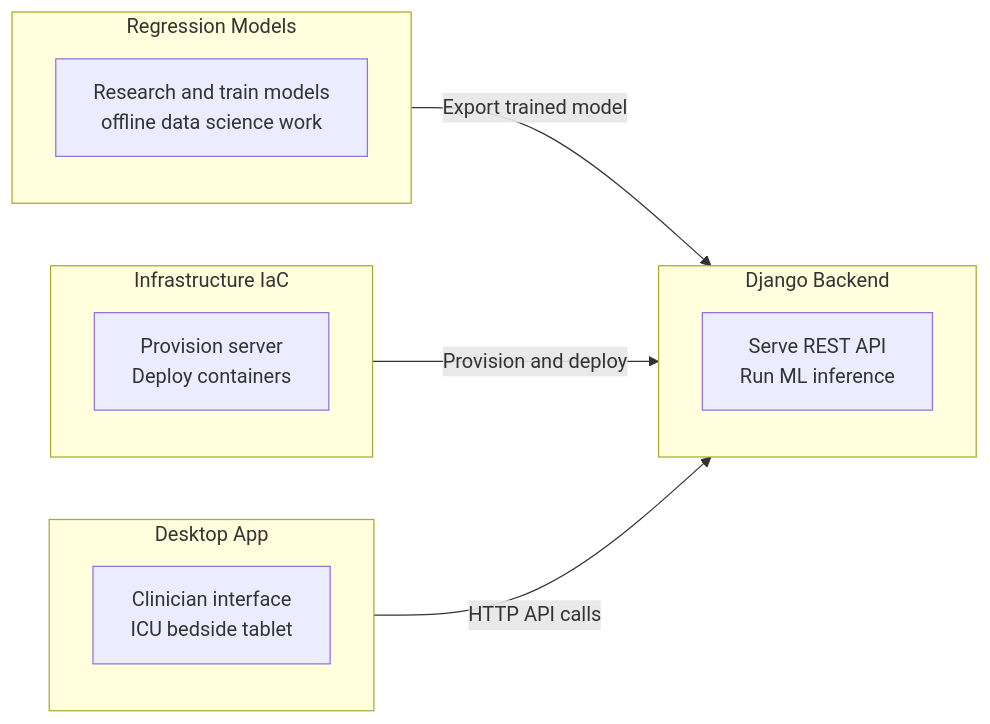
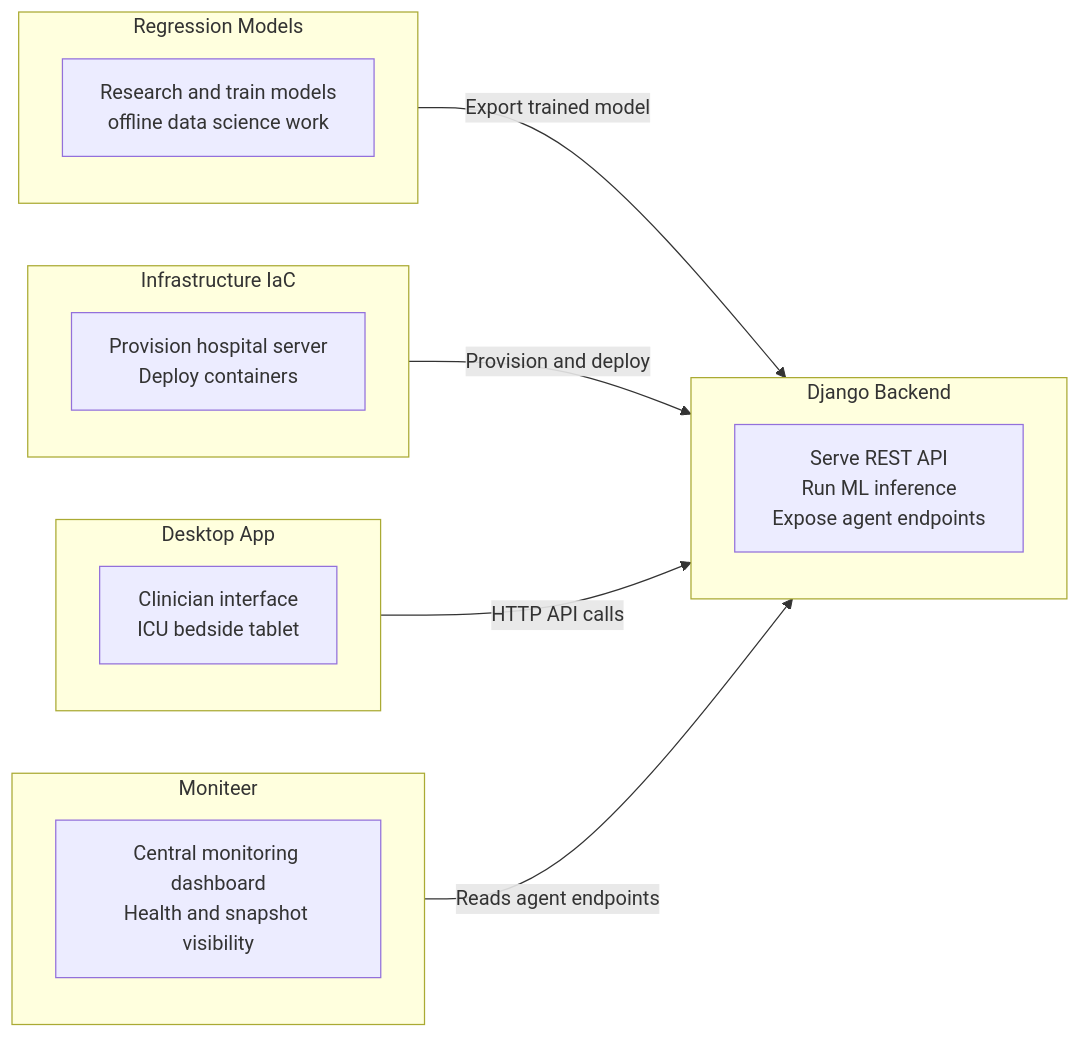
One commit to hakimnazry24/innutrire-system-diagrams changed the fourth of 6 diagrams in 05-system-overview.md. Above: the diagram before and after it, drawn with Mermaid. The commit also changed other lines of this file and 3 other files, not shown here.

First line of the commit message:
feat: add moniteer diagrams and update system overview

````diff
--- a/05-system-overview.md
+++ b/05-system-overview.md
@@ -88,22 +123,27 @@
 ```mermaid
 flowchart LR
     subgraph ML[Regression Models]
         R1[Research and train models\noffline data science work]
     end
 
     subgraph IAC[Infrastructure IaC]
-        R2[Provision server\nDeploy containers]
+        R2[Provision hospital server\nDeploy containers]
     end
 
     subgraph BACKEND[Django Backend]
-        R3[Serve REST API\nRun ML inference]
+        R3[Serve REST API\nRun ML inference\nExpose agent endpoints]
     end
 
     subgraph FRONTEND[Desktop App]
         R4[Clinician interface\nICU bedside tablet]
     end
 
+    subgraph MONITEER[Moniteer]
+        R5[Central monitoring dashboard\nHealth and snapshot visibility]
+    end
+
     ML -->|Export trained model| BACKEND
     IAC -->|Provision and deploy| BACKEND
     FRONTEND -->|HTTP API calls| BACKEND
+    MONITEER -->|Reads agent endpoints| BACKEND
 ```
````
